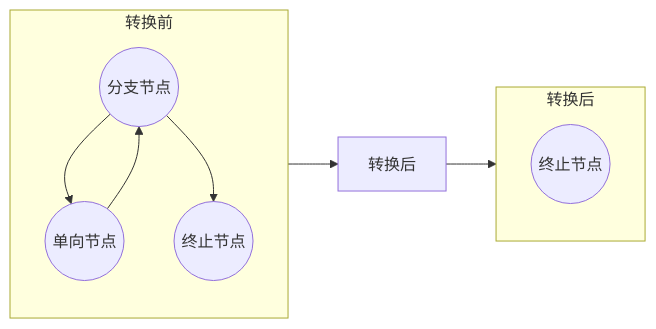
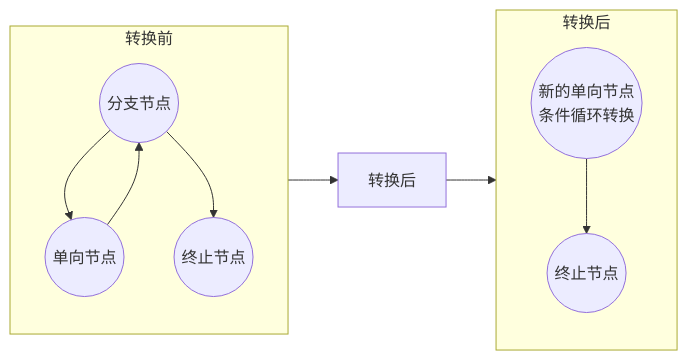
Diagram 18 of 22 in 控制流节点合并说明文档.md (jsCrack8/JavaScript-Deobfuscator), drawn with Mermaid before and after one commit. The commit also changed other lines of this file, not shown here.

````diff
--- a/控制流节点合并说明文档.md
+++ b/控制流节点合并说明文档.md
@@ -374,18 +381,20 @@
 ```mermaid
 flowchart LR
   subgraph L8["转换前"]
     direction TB
     A8(("分支节点"))
     B8(("单向节点"))
     C8(("终止节点"))
     A8 --> B8
     A8 --> C8
     B8 --> A8
   end
-  C8 --> X8["转换后"]
+  X8["转换后"]
   subgraph R8["转换后"]
     direction TB
-    D8(("终止节点"))
+    D8(("新的单向节点<br/>条件循环转换"))
+    E8(("终止节点"))
+    D8 --> E8
   end
-  X8 --> D8
+  L8 --> X8 --> R8
 ```
````
